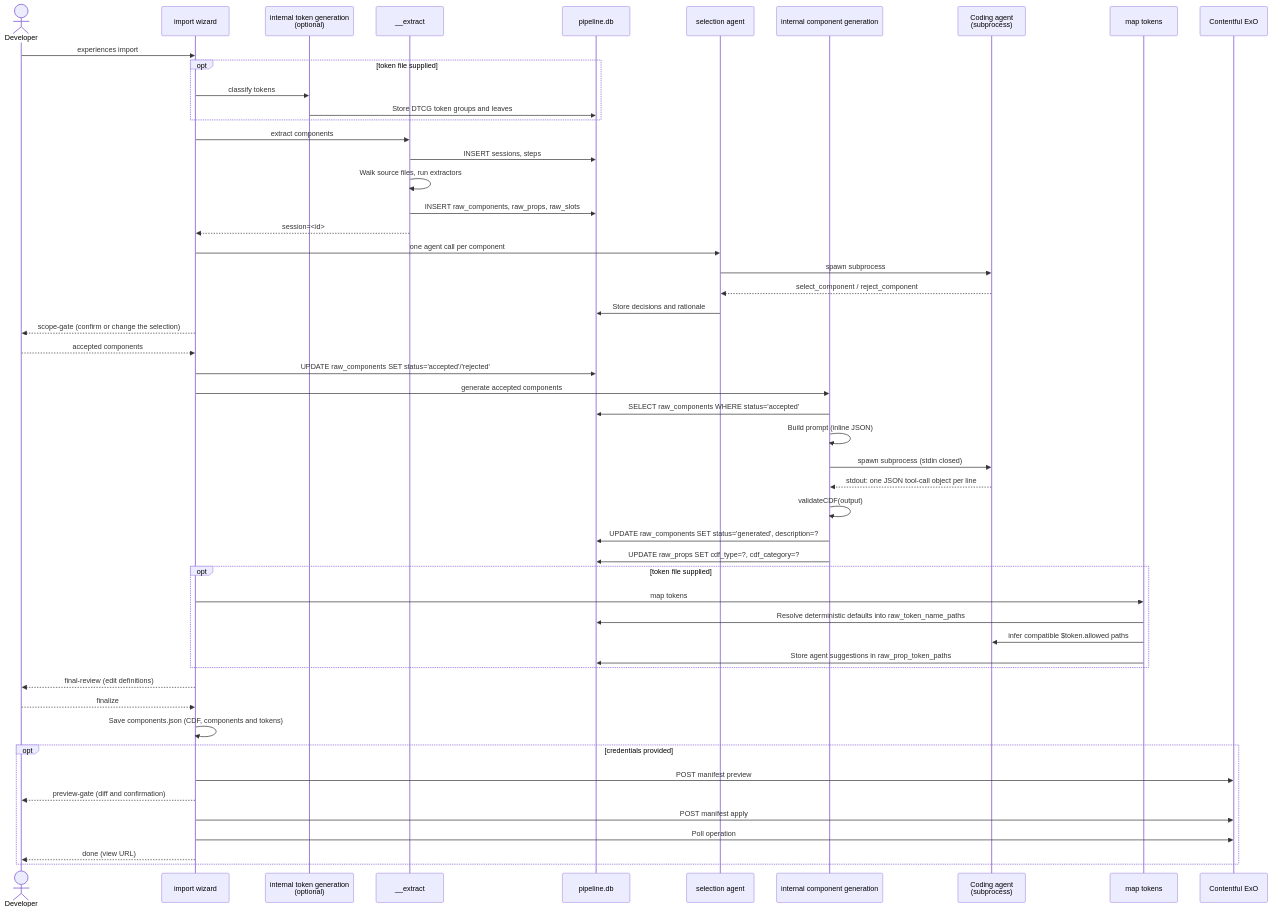
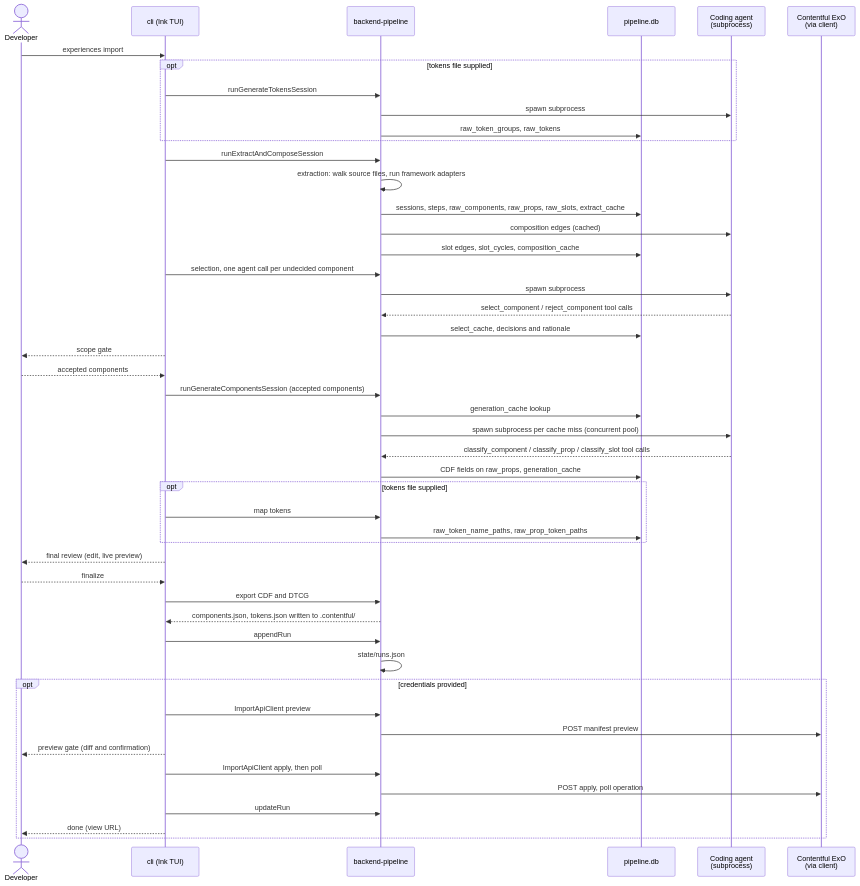
One commit to contentful/experience-design-system-sdk-public changed the diagram in ARCHITECTURE.md. Above: the diagram before and after it, drawn with Mermaid. The commit also changed other lines of this file, not shown here.

Commit message:
docs: rewrite ARCHITECTURE.md around the current four packages [INTEG-5166]

````diff
--- a/ARCHITECTURE.md
+++ b/ARCHITECTURE.md
@@ -300,62 +221,58 @@
 ```mermaid
 sequenceDiagram
     actor Dev as Developer
-    participant W as import wizard
-    participant GT as internal token generation<br/>(optional)
-    participant AE as __extract
+    participant CLI as cli (Ink TUI)
+    participant BP as backend-pipeline
     participant DB as pipeline.db
-    participant Sel as selection agent
-    participant GC as internal component generation
     participant Agent as Coding agent<br/>(subprocess)
-    participant MT as map tokens
-    participant CMS as Contentful ExO
+    participant API as Contentful ExO<br/>(via client)
 
-    Dev->>W: experiences import
-    opt token file supplied
-        W->>GT: classify tokens
-        GT->>DB: Store DTCG token groups and leaves
+    Dev->>CLI: experiences import
+    opt tokens file supplied
+        CLI->>BP: runGenerateTokensSession
+        BP->>Agent: spawn subprocess
+        BP->>DB: raw_token_groups, raw_tokens
     end
 
-    W->>AE: extract components
-    AE->>DB: INSERT sessions, steps
-    AE->>AE: Walk source files, run extractors
-    AE->>DB: INSERT raw_components, raw_props, raw_slots
-    AE-->>W: session=<id>
+    CLI->>BP: runExtractAndComposeSession
+    BP->>BP: extraction: walk source files, run framework adapters
+    BP->>DB: sessions, steps, raw_components, raw_props, raw_slots, extract_cache
+    BP->>Agent: composition edges (cached)
+    BP->>DB: slot edges, slot_cycles, composition_cache
 
-    W->>Sel: one agent call per component
-    Sel->>Agent: spawn subprocess
-    Agent-->>Sel: select_component / reject_component
-    Sel->>DB: Store decisions and rationale
+    CLI->>BP: selection, one agent call per undecided component
+    BP->>Agent: spawn subprocess
+    Agent-->>BP: select_component / reject_component tool calls
+    BP->>DB: select_cache, decisions and rationale
 
-    W-->>Dev: scope-gate (confirm or change the selection)
-    Dev-->>W: accepted components
-    W->>DB: UPDATE raw_components SET status='accepted'/'rejected'
+    CLI-->>Dev: scope gate
+    Dev-->>CLI: accepted components
 
-    W->>GC: generate accepted components
-    GC->>DB: SELECT raw_components WHERE status='accepted'
-    GC->>GC: Build prompt (inline JSON)
-    GC->>Agent: spawn subprocess (stdin closed)
-    Agent-->>GC: stdout: one JSON tool-call object per line
-    GC->>GC: validateCDF(output)
-    GC->>DB: UPDATE raw_components SET status='generated', description=?
-    GC->>DB: UPDATE raw_props SET cdf_type=?, cdf_category=?
+    CLI->>BP: runGenerateComponentsSession (accepted components)
+    BP->>DB: generation_cache lookup
+    BP->>Agent: spawn subprocess per cache miss (concurrent pool)
+    Agent-->>BP: classify_component / classify_prop / classify_slot tool calls
+    BP->>DB: CDF fields on raw_props, generation_cache
 
-    opt token file supplied
-        W->>MT: map tokens
-        MT->>DB: Resolve deterministic defaults into raw_token_name_paths
-        MT->>Agent: infer compatible $token.allowed paths
-        MT->>DB: Store agent suggestions in raw_prop_token_paths
+    opt tokens file supplied
+        CLI->>BP: map tokens
+        BP->>DB: raw_token_name_paths, raw_prop_token_paths
     end
 
-    W-->>Dev: final-review (edit definitions)
-    Dev-->>W: finalize
-    W->>W: Save components.json (CDF, components and tokens)
+    CLI-->>Dev: final review (edit, live preview)
+    Dev-->>CLI: finalize
+    CLI->>BP: export CDF and DTCG
+    BP-->>CLI: components.json, tokens.json written to .contentful/
+    CLI->>BP: appendRun
+    BP->>BP: state/runs.json
 
     opt credentials provided
-        W->>CMS: POST manifest preview
-        W-->>Dev: preview-gate (diff and confirmation)
-        W->>CMS: POST manifest apply
-        W->>CMS: Poll operation
-        W-->>Dev: done (view URL)
+        CLI->>BP: ImportApiClient preview
+        BP->>API: POST manifest preview
+        CLI-->>Dev: preview gate (diff and confirmation)
+        CLI->>BP: ImportApiClient apply, then poll
+        BP->>API: POST apply, poll operation
+        CLI->>BP: updateRun
+        CLI-->>Dev: done (view URL)
     end
 ```
````
